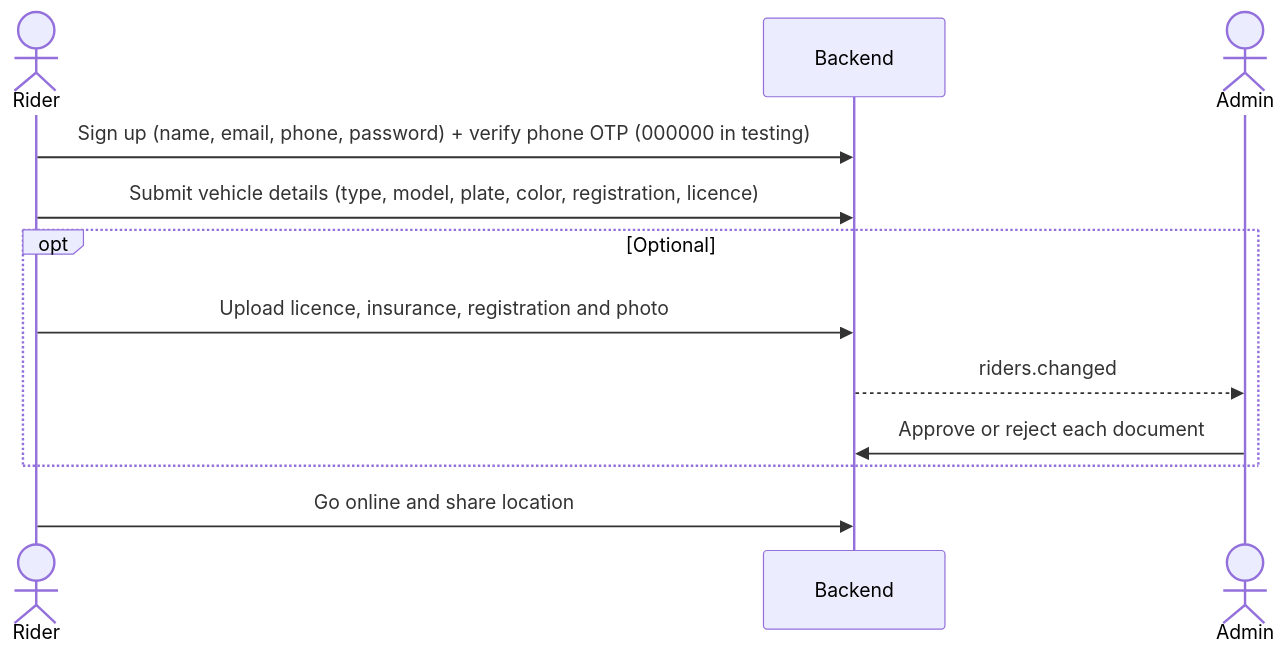
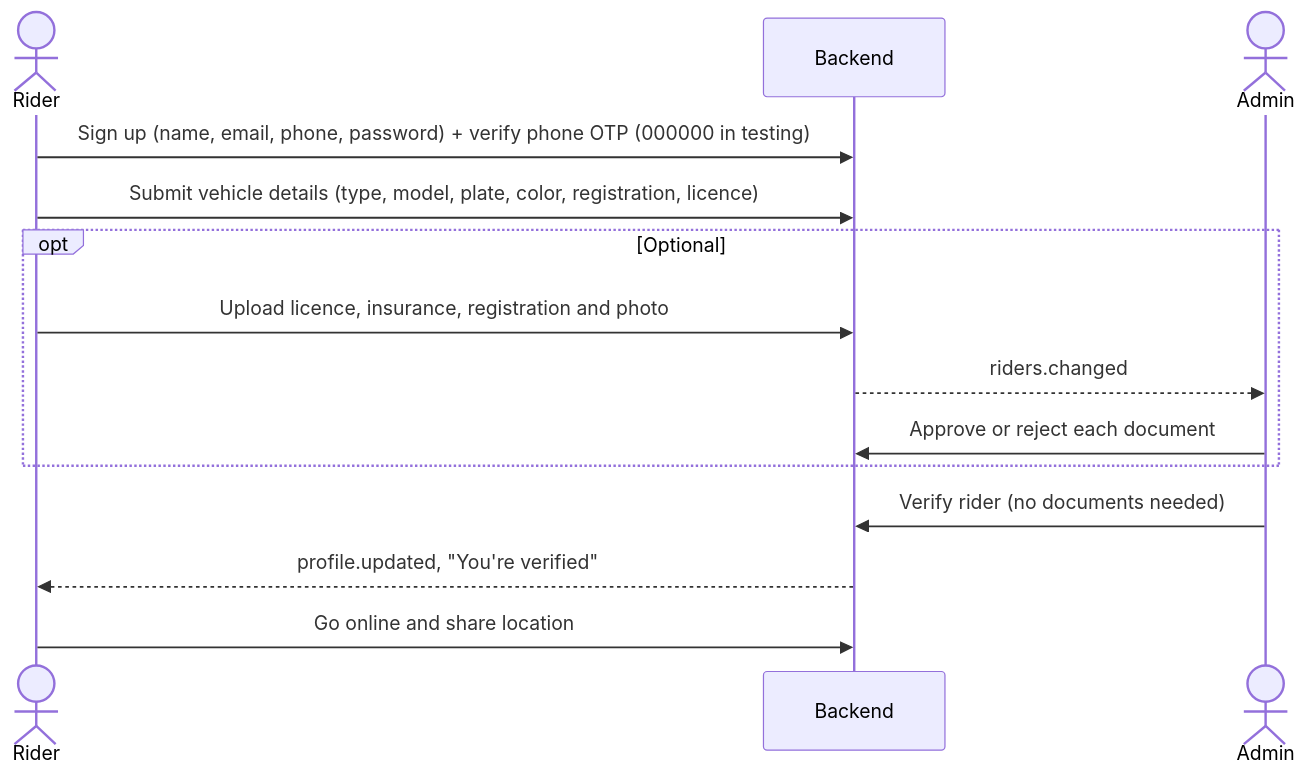
Before and after one commit to TanvirMahmudTushar/Deep-Learning-Based-Ride-Sharing-System: the second of 4 diagrams in Docs/Plan.md, drawn with Mermaid. The commit also changed other lines of this file and 10 other files, not shown here.

````diff
--- a/Docs/Plan.md
+++ b/Docs/Plan.md
@@ -65,14 +65,16 @@
 ```mermaid
 sequenceDiagram
   actor Rider
   participant API as Backend
   actor Admin
   Rider->>API: Sign up (name, email, phone, password) + verify phone OTP (000000 in testing)
   Rider->>API: Submit vehicle details (type, model, plate, color, registration, licence)
   opt Optional
     Rider->>API: Upload licence, insurance, registration and photo
     API-->>Admin: riders.changed
     Admin->>API: Approve or reject each document
   end
+  Admin->>API: Verify rider (no documents needed)
+  API-->>Rider: profile.updated, "You're verified"
   Rider->>API: Go online and share location
 ```
````
